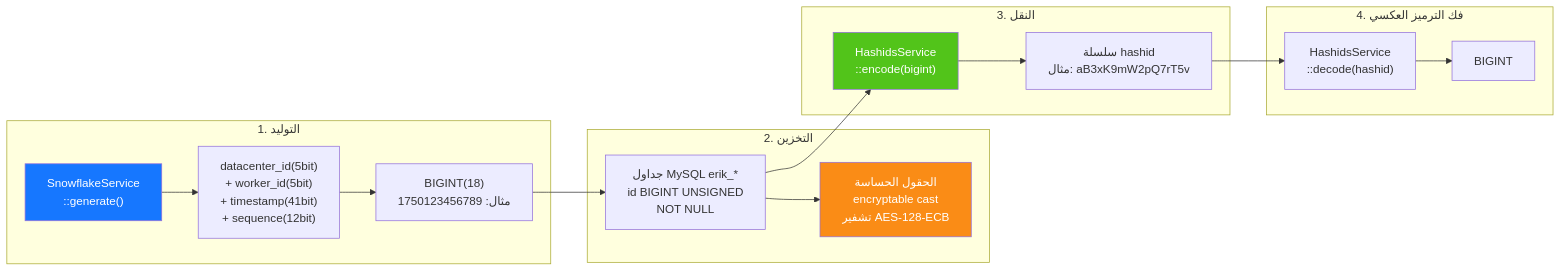
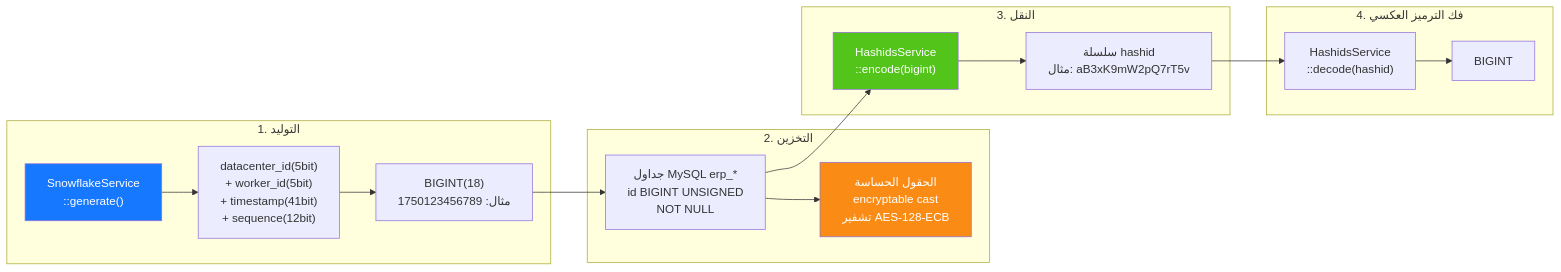
Before and after one commit to erikwang2013/erp-php: the seventh of 20 diagrams in docs/i18n/ar/ARCHITECTURE.md, drawn with Mermaid. The commit also changed other lines of this file and 449 other files, not shown here.

First line of the commit message:
全局命名统一：数据库 erp、表前缀 erp_、Redis 前缀 erp:（原 erik_/open_admin）

````diff
--- a/docs/i18n/ar/ARCHITECTURE.md
+++ b/docs/i18n/ar/ARCHITECTURE.md
@@ -373,33 +373,33 @@
 ```mermaid
 flowchart LR
     subgraph "1. التوليد"
         G1["SnowflakeService<br/>::generate()"]
         G2["datacenter_id(5bit)<br/>+ worker_id(5bit)<br/>+ timestamp(41bit)<br/>+ sequence(12bit)"]
         G3["BIGINT(18)<br/>مثال: 1750123456789"]
         G1 --> G2 --> G3
     end
 
     subgraph "2. التخزين"
-        S1["جداول MySQL erik_*<br/>id BIGINT UNSIGNED<br/>NOT NULL"]
+        S1["جداول MySQL erp_*<br/>id BIGINT UNSIGNED<br/>NOT NULL"]
         S2["الحقول الحساسة<br/>encryptable cast<br/>تشفير AES-128-ECB"]
         G3 --> S1
         S1 --> S2
     end
 
     subgraph "3. النقل"
         T1["HashidsService<br/>::encode(bigint)"]
         T2["سلسلة hashid<br/>مثال: aB3xK9mW2pQ7rT5v"]
         S1 --> T1
         T1 --> T2
     end
 
     subgraph "4. فك الترميز العكسي"
         R1["HashidsService<br/>::decode(hashid)"]
         R2["BIGINT"]
         T2 --> R1 --> R2
     end
 
     style G1 fill:#1677FF,color:#fff
     style T1 fill:#52C41A,color:#fff
     style S2 fill:#FA8C16,color:#fff
 ```
````
